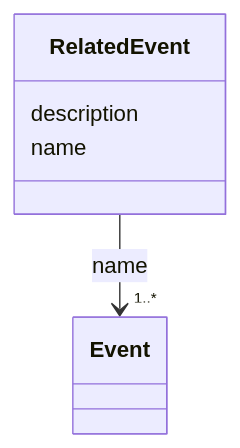
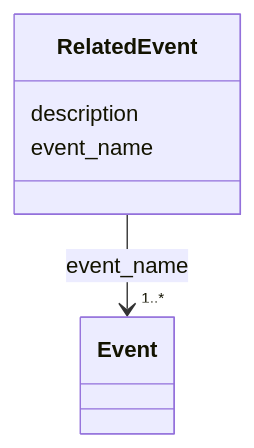
The diagram in docs/RelatedEvent.md (arqtrad/schema), drawn with Mermaid before and after one commit. The commit also changed other lines of this file and 215 other files, not shown here.

````diff
--- a/docs/RelatedEvent.md
+++ b/docs/RelatedEvent.md
@@ -18,19 +18,19 @@
 ```mermaid
  classDiagram
     class RelatedEvent
     click RelatedEvent href "../RelatedEvent/"
       RelatedEvent : description
+        
+      RelatedEvent : event_name
+        
+          
+    
+        
+        
+        RelatedEvent --> "1..*" Event : event_name
+        click Event href "../Event/"
+    
 
-      RelatedEvent : name
-
-
-
-
-
-        RelatedEvent --> "1..*" Event : name
-        click Event href "../Event/"
-
-
-
-
+        
+      
 ```
````
